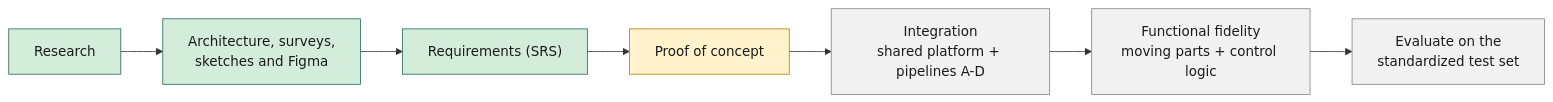
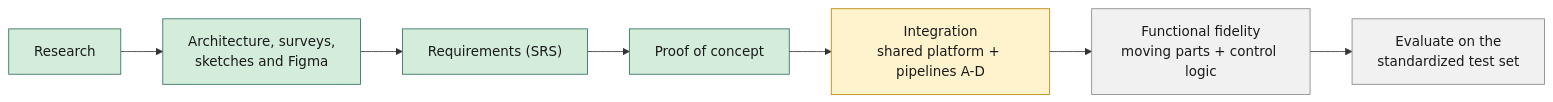
The eighth of 8 diagrams in README.md (DanSweet734/MoonWalkers---Multimodal-Digital-Twin-Generator), drawn with Mermaid before and after one commit. The commit also changed other lines of this file and 6 other files, not shown here.

````diff
--- a/README.md
+++ b/README.md
@@ -322,13 +324,13 @@
 ```mermaid
 flowchart LR
   R["Research"]:::done --> ARCH["Architecture, surveys,<br/>sketches and Figma"]:::done
   ARCH --> SRS["Requirements (SRS)"]:::done
-  SRS --> POC["Proof of concept"]:::active
-  POC --> INT["Integration<br/>shared platform + pipelines A-D"]:::next
+  SRS --> POC["Proof of concept"]:::done
+  POC --> INT["Integration<br/>shared platform + pipelines A-D"]:::active
   INT --> FUNC["Functional fidelity<br/>moving parts + control logic"]:::next
   FUNC --> EVAL["Evaluate on the<br/>standardized test set"]:::next
 
   classDef done fill:#d4edda,stroke:#2f6f62,color:#1a1a1a
   classDef active fill:#fff3cd,stroke:#b8860b,color:#1a1a1a
   classDef next fill:#f1f1f1,stroke:#888,color:#1a1a1a
 ```
````
